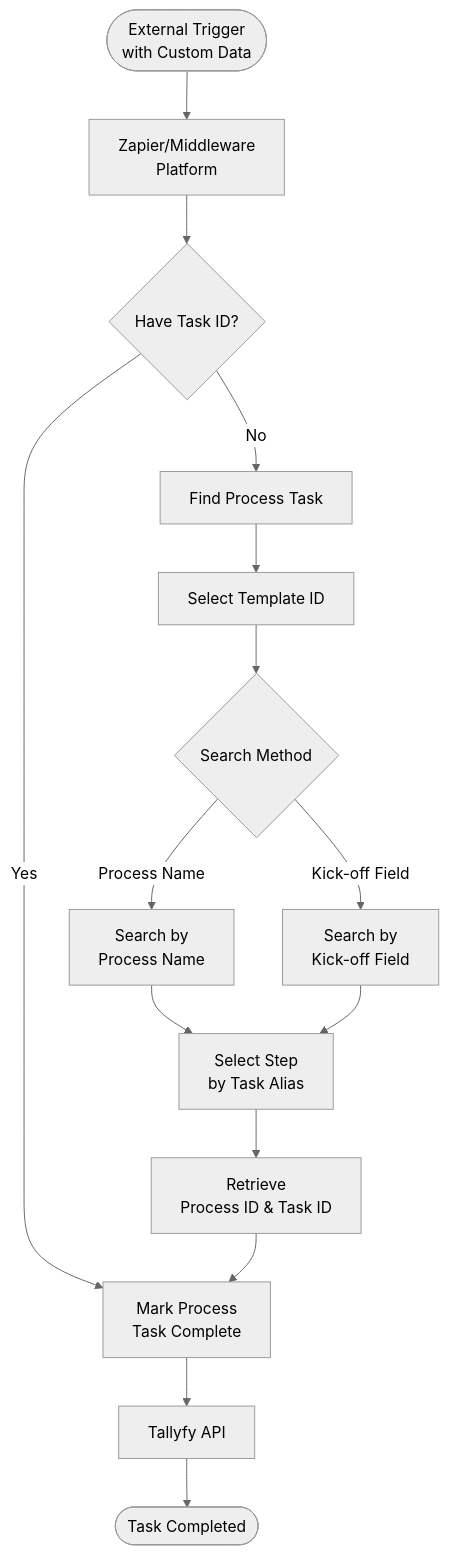
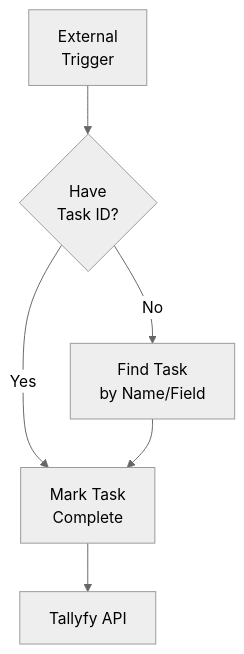
One commit to tallyfy/documentation changed the diagram in src/content/docs/pro/integrations/middleware/zapier/how-to-automate-tasks-in-tallyfy-using-zaps.mdx. Above: the diagram before and after it, drawn with Mermaid (neutral theme). The commit also changed 4 other files, not shown here.

First line of the commit message:
Simplify complex Mermaid diagrams for better readability

````diff
--- a/src/content/docs/pro/integrations/middleware/zapier/how-to-automate-tasks-in-tallyfy-using-zaps.mdx
+++ b/src/content/docs/pro/integrations/middleware/zapier/how-to-automate-tasks-in-tallyfy-using-zaps.mdx
@@ -24,25 +24,13 @@
 ```mermaid
 flowchart TD
-    Start([External Trigger<br/>with Custom Data]) --> Zapier[Zapier/Middleware<br/>Platform]
+    Trigger[External<br/>Trigger] --> Check{Have<br/>Task ID?}
     
-    Zapier --> Decision{Have Task ID?}
+    Check -->|No| Find[Find Task<br/>by Name/Field]
+    Check -->|Yes| Complete[Mark Task<br/>Complete]
     
-    Decision -->|No| Find[Find Process Task]
-    Find --> Template[Select Template ID]
-    Template --> Search{Search Method}
-    Search -->|Process Name| SearchName[Search by<br/>Process Name]
-    Search -->|Kick-off Field| SearchField[Search by<br/>Kick-off Field]
-    SearchName --> SelectStep[Select Step<br/>by Task Alias]
-    SearchField --> SelectStep
-    SelectStep --> GetIDs[Retrieve<br/>Process ID & Task ID]
-    
-    Decision -->|Yes| Complete[Mark Process<br/>Task Complete]
-    GetIDs --> Complete
-    
+    Find --> Complete
     Complete --> API[Tallyfy API]
-    API --> Success([Task Completed])
-    
     
     click Find "/products/pro/tracking-and-tasks/tasks/" "Learn about tasks"
     click API "/products/pro/integrations/open-api/" "Tallyfy API documentation"
 ```
````
